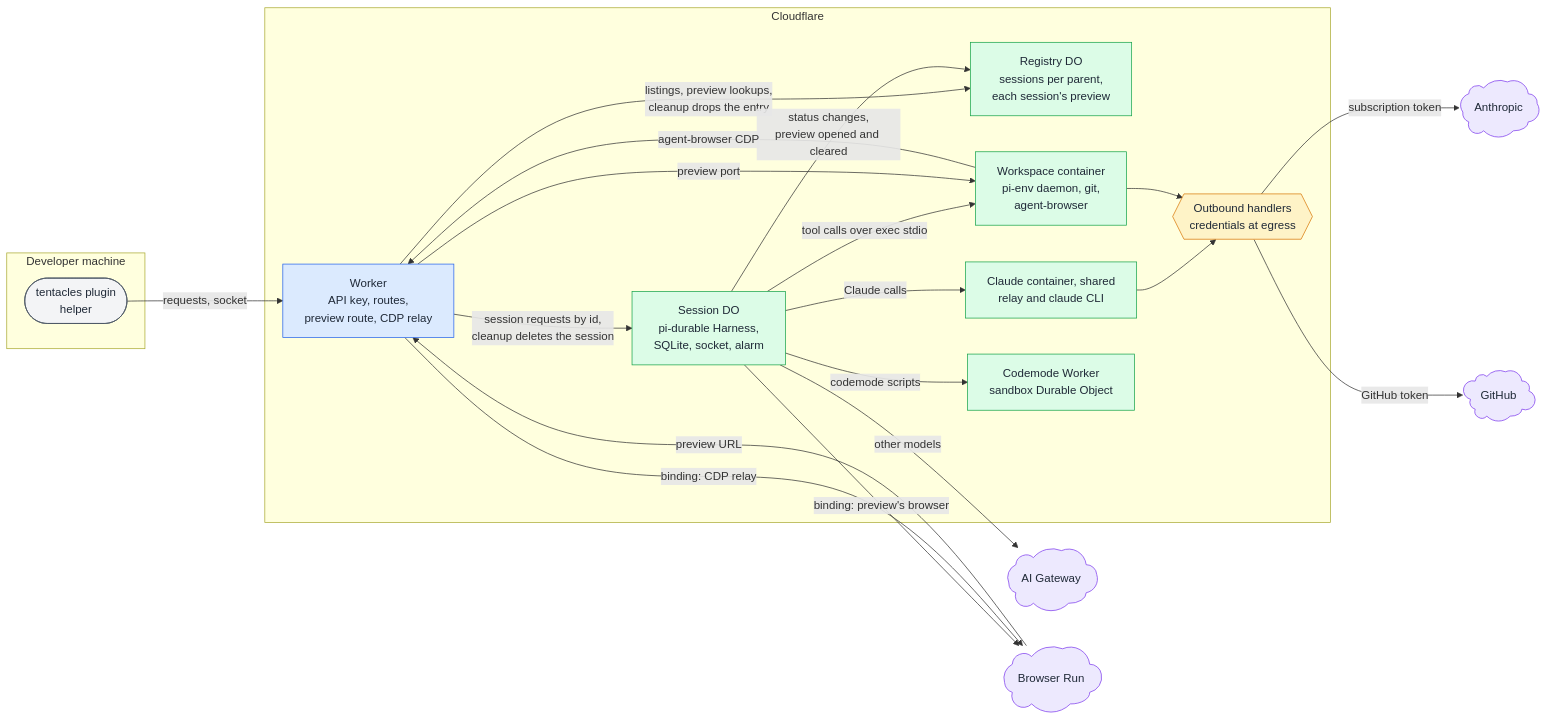
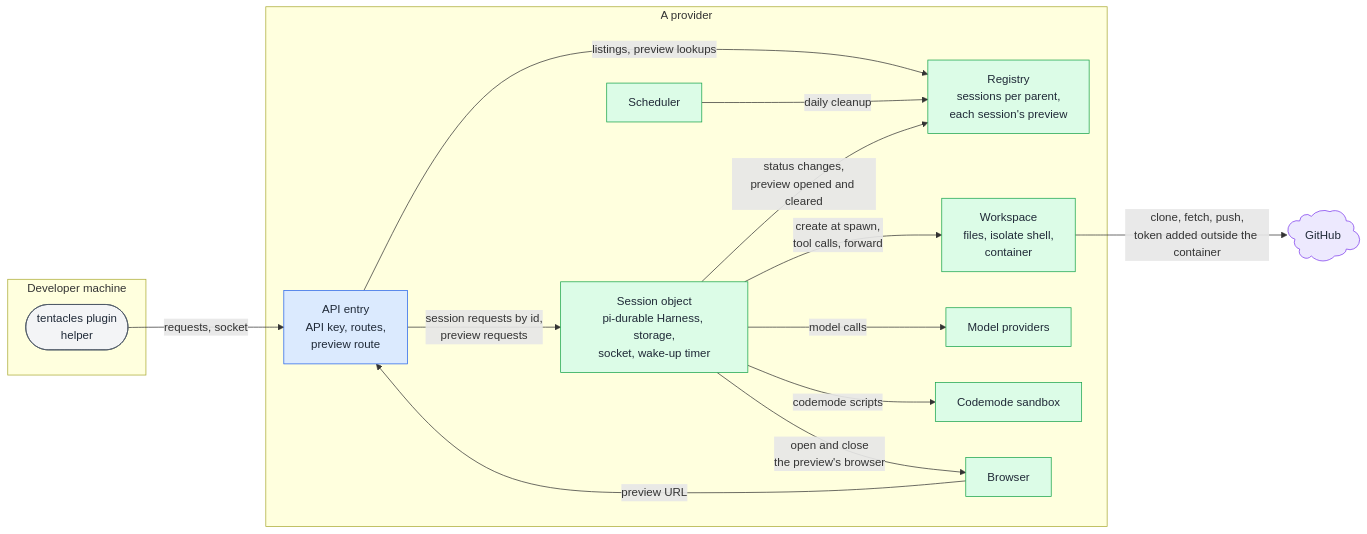
Before and after one commit to asermax/tentacles: the first of 2 diagrams in docs/technical-design/runtime-components.md, drawn with Mermaid. The commit also changed other lines of this file and 14 other files, not shown here.

Commit message:
docs: record the Cloudflare Computer workspace design and move the Cloudflare details into provider notes

````diff
--- a/docs/technical-design/runtime-components.md
+++ b/docs/technical-design/runtime-components.md
@@ -15,48 +15,38 @@
 ```mermaid
 flowchart LR
     subgraph dev["Developer machine"]
         Plugin@{ shape: stadium, label: "tentacles plugin<br/>helper" }
     end
-    subgraph cf["Cloudflare"]
-        Worker@{ shape: rect, label: "Worker<br/>API key, routes,<br/>preview route, CDP relay" }
-        Registry@{ shape: rect, label: "Registry DO<br/>sessions per parent,<br/>each session's preview" }
-        Session@{ shape: rect, label: "Session DO<br/>pi-durable Harness,<br/>SQLite, socket, alarm" }
-        Workspace@{ shape: rect, label: "Workspace container<br/>pi-env daemon, git,<br/>agent-browser" }
-        Claude@{ shape: rect, label: "Claude container, shared<br/>relay and claude CLI" }
-        Codemode@{ shape: rect, label: "Codemode Worker<br/>sandbox Durable Object" }
-        Egress@{ shape: hex, label: "Outbound handlers<br/>credentials at egress" }
+    subgraph prov["A provider"]
+        Entry@{ shape: rect, label: "API entry<br/>API key, routes,<br/>preview route" }
+        Registry@{ shape: rect, label: "Registry<br/>sessions per parent,<br/>each session's preview" }
+        Session@{ shape: rect, label: "Session object<br/>pi-durable Harness, storage,<br/>socket, wake-up timer" }
+        Workspace@{ shape: rect, label: "Workspace<br/>files, isolate shell,<br/>container" }
+        Models@{ shape: rect, label: "Model providers" }
+        Codemode@{ shape: rect, label: "Codemode sandbox" }
+        Browser@{ shape: rect, label: "Browser" }
+        Cron@{ shape: rect, label: "Scheduler" }
     end
-    Anthropic@{ shape: cloud, label: "Anthropic" }
     GitHub@{ shape: cloud, label: "GitHub" }
-    Gateway@{ shape: cloud, label: "AI Gateway" }
-    Browser@{ shape: cloud, label: "Browser Run" }
 
-    Plugin -->|"requests, socket"| Worker
-    Worker -->|"listings, preview lookups,<br/>cleanup drops the entry"| Registry
-    Worker -->|"session requests by id,<br/>cleanup deletes the session"| Session
+    Plugin -->|"requests, socket"| Entry
+    Entry -->|"listings, preview lookups"| Registry
+    Entry -->|"session requests by id,<br/>preview requests"| Session
     Session -->|"status changes,<br/>preview opened and cleared"| Registry
-    Session -->|"binding: preview's browser"| Browser
-    Session -->|"tool calls over exec stdio"| Workspace
-    Session -->|"Claude calls"| Claude
-    Session -->|"other models"| Gateway
+    Session -->|"create at spawn,<br/>tool calls, forward"| Workspace
+    Session -->|"model calls"| Models
     Session -->|"codemode scripts"| Codemode
-    Claude --> Egress
-    Workspace --> Egress
-    Egress -->|"subscription token"| Anthropic
-    Egress -->|"GitHub token"| GitHub
-    Workspace -->|"agent-browser CDP"| Worker
-    Worker -->|"binding: CDP relay"| Browser
-    Browser -->|"preview URL"| Worker
-    Worker -->|"preview port"| Workspace
+    Session -->|"open and close<br/>the preview's browser"| Browser
+    Workspace -->|"clone, fetch, push,<br/>token added outside the container"| GitHub
+    Browser -->|"preview URL"| Entry
+    Cron -->|"daily cleanup"| Registry
 
     classDef grey fill:#f3f4f6,stroke:#4b5563,color:#1f2937
     classDef blue fill:#dbeafe,stroke:#2563eb,color:#1f2937
     classDef green fill:#dcfce7,stroke:#16a34a,color:#1f2937
-    classDef amber fill:#fef3c7,stroke:#d97706,color:#1f2937
     classDef violet fill:#ede9fe,stroke:#7c3aed,color:#1f2937
     class Plugin grey
-    class Worker blue
-    class Registry,Session,Workspace,Claude,Codemode green
-    class Egress amber
-    class Anthropic,GitHub,Gateway,Browser violet
+    class Entry blue
+    class Registry,Session,Workspace,Models,Codemode,Browser,Cron green
+    class GitHub violet
 ```
````
